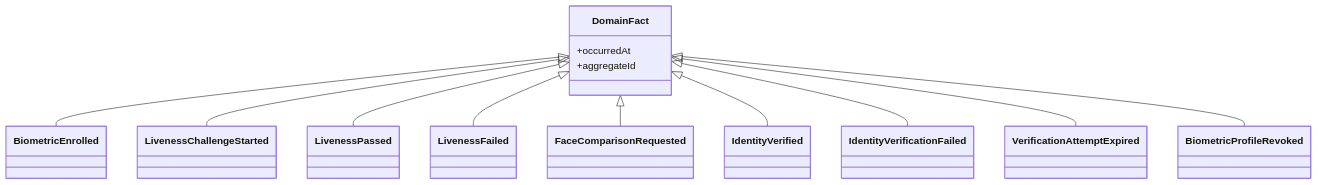
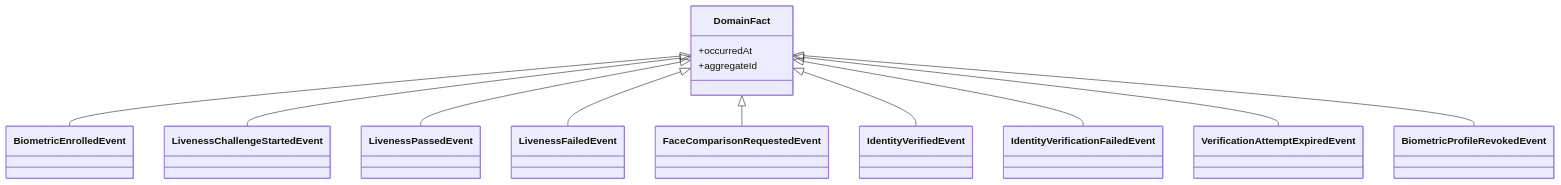
Before and after one commit to Morocoders-Arq-9056/votochain-api-backend: the fourth of 4 diagrams in docs/Bounded Contexts/biometric-identity-verification/domain-model.md, drawn with Mermaid. The commit also changed other lines of this file and 20 other files, not shown here.

````diff
--- a/docs/Bounded Contexts/biometric-identity-verification/domain-model.md
+++ b/docs/Bounded Contexts/biometric-identity-verification/domain-model.md
@@ -279,16 +279,16 @@
 ```mermaid
 classDiagram
     class DomainFact {
         +occurredAt
         +aggregateId
     }
-    DomainFact <|-- BiometricEnrolled
-    DomainFact <|-- LivenessChallengeStarted
-    DomainFact <|-- LivenessPassed
-    DomainFact <|-- LivenessFailed
-    DomainFact <|-- FaceComparisonRequested
-    DomainFact <|-- IdentityVerified
-    DomainFact <|-- IdentityVerificationFailed
-    DomainFact <|-- VerificationAttemptExpired
-    DomainFact <|-- BiometricProfileRevoked
+    DomainFact <|-- BiometricEnrolledEvent
+    DomainFact <|-- LivenessChallengeStartedEvent
+    DomainFact <|-- LivenessPassedEvent
+    DomainFact <|-- LivenessFailedEvent
+    DomainFact <|-- FaceComparisonRequestedEvent
+    DomainFact <|-- IdentityVerifiedEvent
+    DomainFact <|-- IdentityVerificationFailedEvent
+    DomainFact <|-- VerificationAttemptExpiredEvent
+    DomainFact <|-- BiometricProfileRevokedEvent
 ```
````
